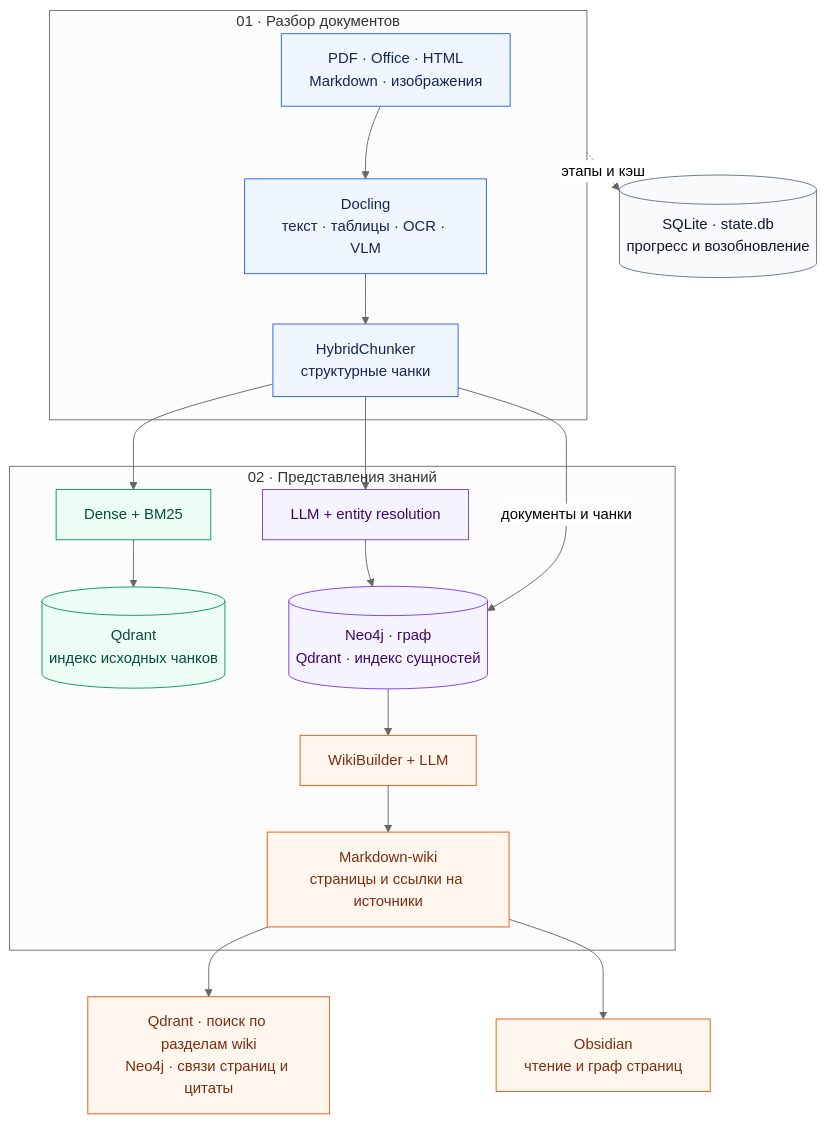
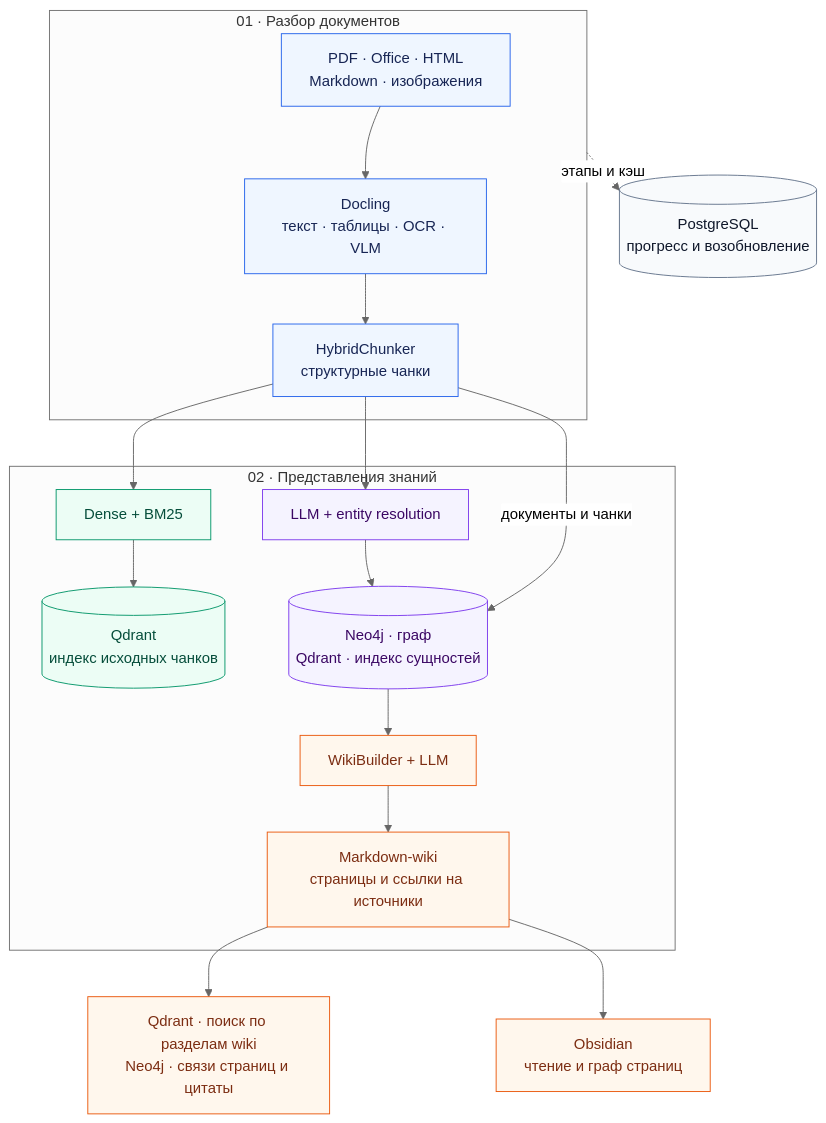
The first of 13 diagrams in README.md (000p1umDiesel/Atlas), drawn with Mermaid (neutral theme) before and after one commit. The commit also changed other lines of this file and 30 other files, not shown here.

Commit message:
PostgreSQL

````diff
--- a/README.md
+++ b/README.md
@@ -54,31 +54,31 @@
 ```mermaid
 flowchart TB
     subgraph INPUT["01 · Разбор документов"]
         DOCS["PDF · Office · HTML<br/>Markdown · изображения"] --> PARSE["Docling<br/>текст · таблицы · OCR · VLM"]
         PARSE --> CHUNK["HybridChunker<br/>структурные чанки"]
     end
 
     subgraph KNOWLEDGE["02 · Представления знаний"]
         EMB["Dense + BM25"] --> VECTORS[("Qdrant<br/>индекс исходных чанков")]
         EXTRACT["LLM + entity resolution"] --> GRAPH[("Neo4j · граф<br/>Qdrant · индекс сущностей")]
         BUILD["WikiBuilder + LLM"] --> WIKI["Markdown-wiki<br/>страницы и ссылки на источники"]
     end
     CHUNK --> EMB
     CHUNK --> EXTRACT
     CHUNK -->|"документы и чанки"| GRAPH
     GRAPH --> BUILD
     WIKI --> INDEX["Qdrant · поиск по разделам wiki<br/>Neo4j · связи страниц и цитаты"]
     WIKI --> OBSIDIAN["Obsidian<br/>чтение и граф страниц"]
-    INPUT -. "этапы и кэш" .-> STATE[("SQLite · state.db<br/>прогресс и возобновление")]
+    INPUT -. "этапы и кэш" .-> STATE[("PostgreSQL<br/>прогресс и возобновление")]
 
     classDef source fill:#eff6ff,stroke:#2563eb,color:#172554
     classDef rag fill:#ecfdf5,stroke:#059669,color:#064e3b
     classDef graphLayer fill:#f5f3ff,stroke:#7c3aed,color:#3b0764
     classDef wiki fill:#fff7ed,stroke:#ea580c,color:#7c2d12
     classDef state fill:#f8fafc,stroke:#64748b,color:#0f172a
     class DOCS,PARSE,CHUNK source
     class EMB,VECTORS rag
     class EXTRACT,GRAPH graphLayer
     class BUILD,WIKI,INDEX,OBSIDIAN wiki
     class STATE state
 ```
````
